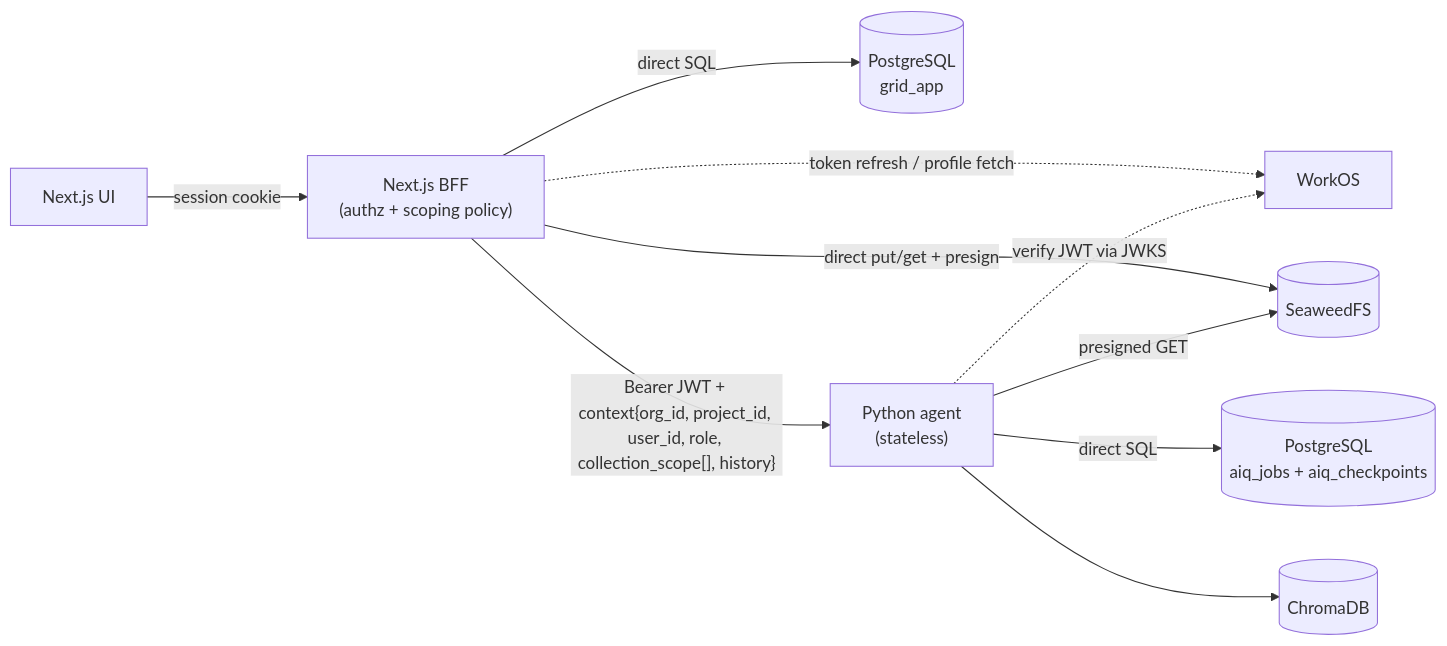
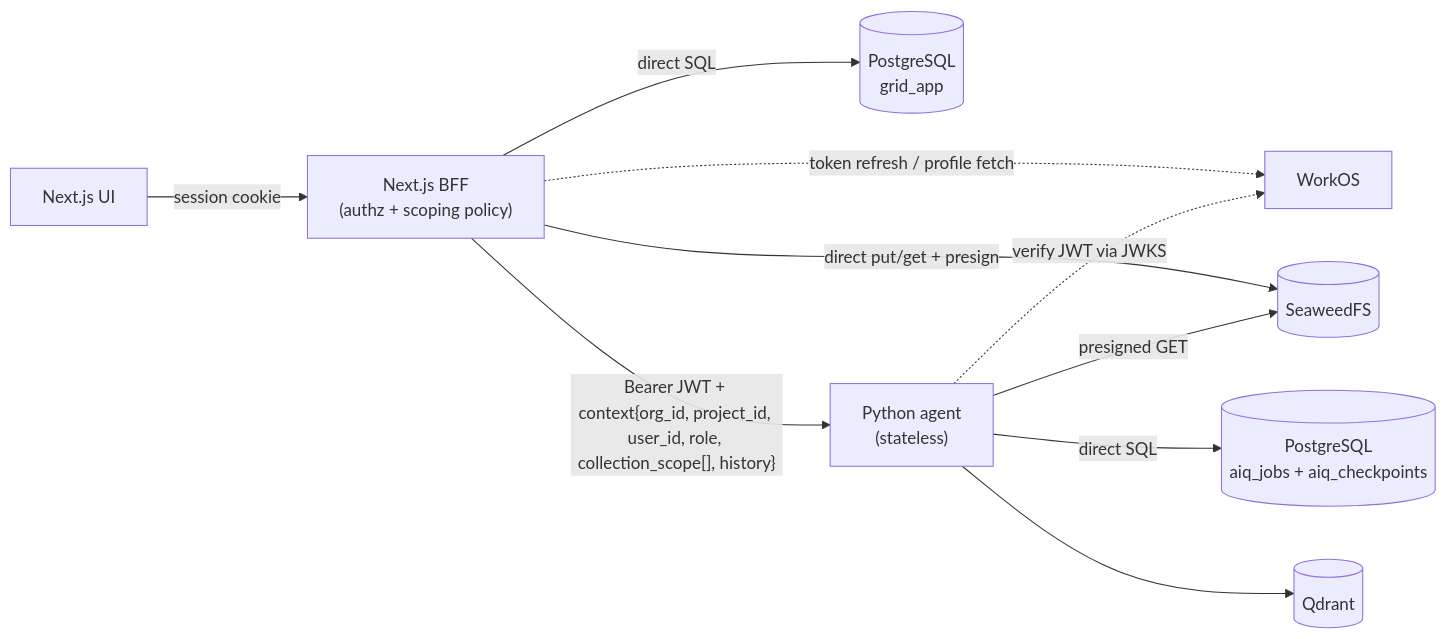
The second of 15 diagrams in docs/architecture/multitenancy-and-auth-spec.md (GRID-check/archos), drawn with Mermaid before and after one commit. The commit also changed other lines of this file and 338 other files, not shown here.

First line of the commit message:
feat(knowledge)!: replace Chroma with Qdrant, with a one-time migration and one-query cross-project search (#1019)

````diff
--- a/docs/architecture/multitenancy-and-auth-spec.md
+++ b/docs/architecture/multitenancy-and-auth-spec.md
@@ -162,21 +162,21 @@
 ```mermaid
 flowchart LR
     UI["Next.js UI"]
     BFF["Next.js BFF<br/>(authz + scoping policy)"]
     PGApp[("PostgreSQL\ngrid_app")]
     PGAgent[("PostgreSQL\naiq_jobs + aiq_checkpoints")]
     Obj[("SeaweedFS")]
     Py["Python agent\n(stateless)"]
-    Vec[("ChromaDB")]
+    Vec[("Qdrant")]
     WorkOS["WorkOS"]
 
     UI -->|session cookie| BFF
     BFF -. token refresh / profile fetch .-> WorkOS
     BFF -->|direct SQL| PGApp
     Py -->|direct SQL| PGAgent
     BFF -->|direct put/get + presign| Obj
     BFF -->|"Bearer JWT + context{org_id, project_id, user_id, role, collection_scope[], history}"| Py
     Py -. verify JWT via JWKS .-> WorkOS
     Py --> Vec
     Py -->|presigned GET| Obj
 ```
````
